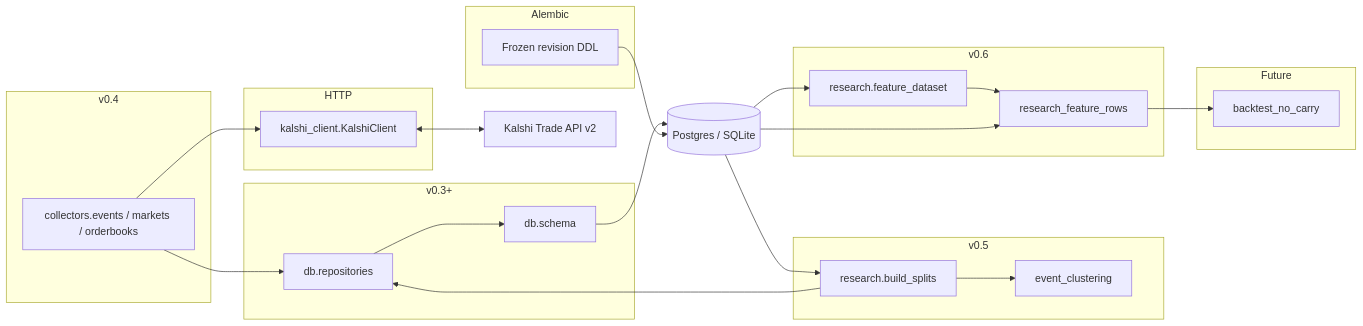
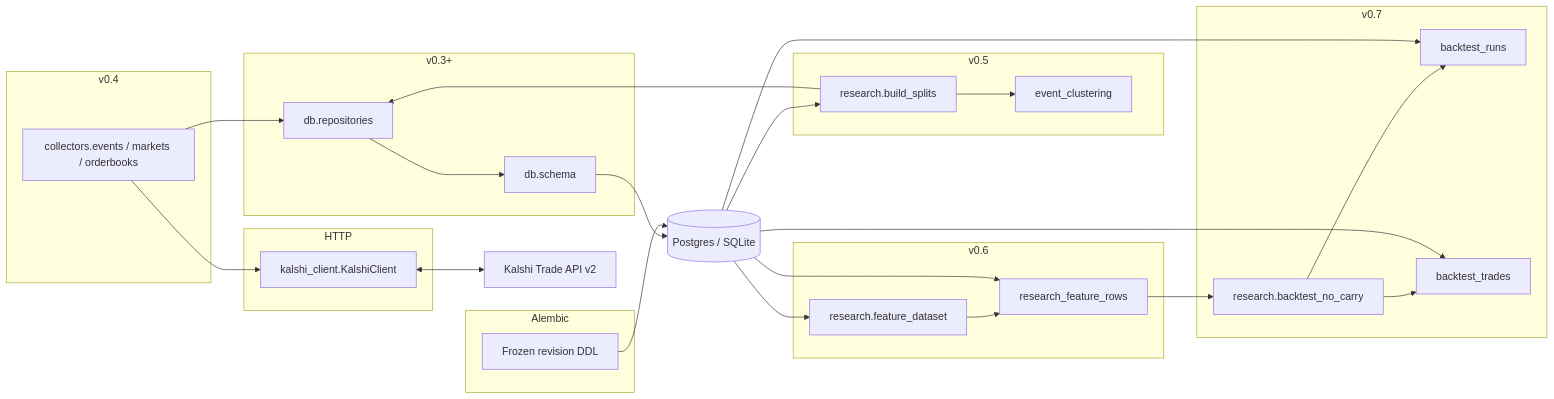
The diagram in docs/ARCHITECTURE.md (aryanbonigala/No-Contracts), drawn with Mermaid before and after one commit. The commit also changed other lines of this file and 15 other files, not shown here.

````diff
--- a/docs/ARCHITECTURE.md
+++ b/docs/ARCHITECTURE.md
@@ -11,42 +11,48 @@
 ```mermaid
 flowchart LR
   subgraph client [HTTP]
     KC[kalshi_client.KalshiClient]
   end
   subgraph ingest [v0.4]
     COL[collectors.events / markets / orderbooks]
   end
   subgraph persistence [v0.3+]
     REP[db.repositories]
     SCH[db.schema]
   end
   subgraph migrations [Alembic]
     ALB[Frozen revision DDL]
   end
   subgraph splits [v0.5]
     BC[research.build_splits]
     CL[event_clustering]
   end
   API[Kalshi Trade API v2]
   KC <--> API
   COL --> KC
   COL --> REP
   BC --> REP
   BC --> CL
   REP --> SCH
   DB[(Postgres / SQLite)]
   SCH --> DB
   ALB --> DB
   subgraph features [v0.6]
     FBUILD[research.feature_dataset]
     RFR[research_feature_rows]
   end
-  subgraph research_future [Future]
-    BT[backtest_no_carry]
+  subgraph backtest [v0.7]
+    BTSEL[research.backtest_no_carry]
+    BTR[backtest_runs]
+    BTT[backtest_trades]
   end
   DB --> BC
   DB --> FBUILD
   FBUILD --> RFR
   DB --> RFR
-  RFR --> BT
+  RFR --> BTSEL
+  BTSEL --> BTR
+  BTSEL --> BTT
+  DB --> BTR
+  DB --> BTT
 ```
````
